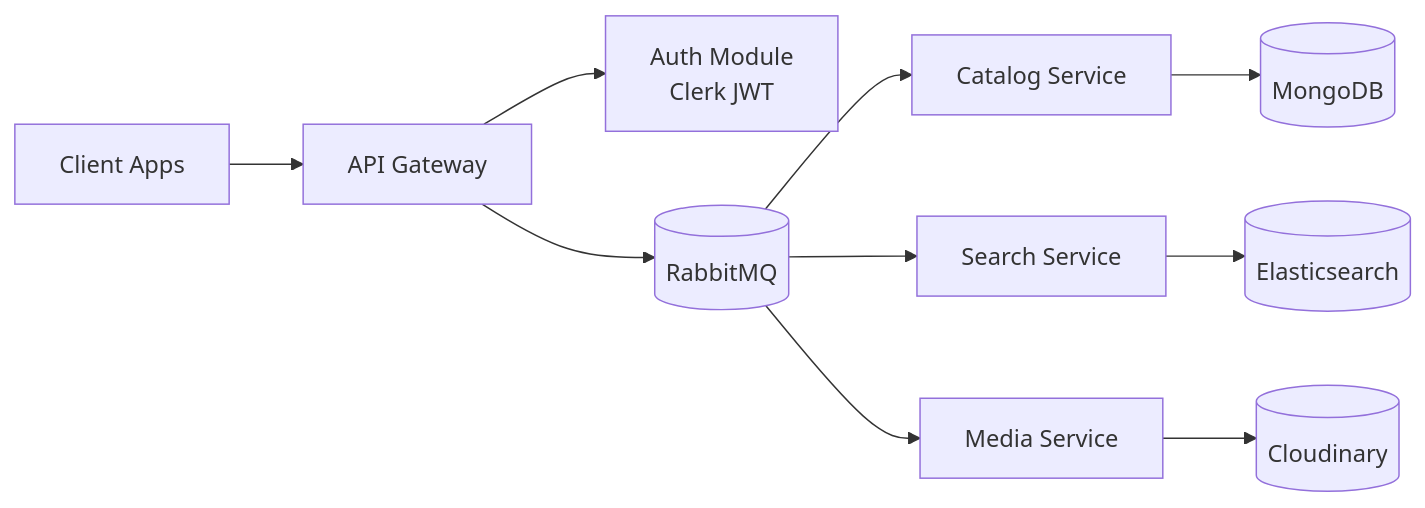
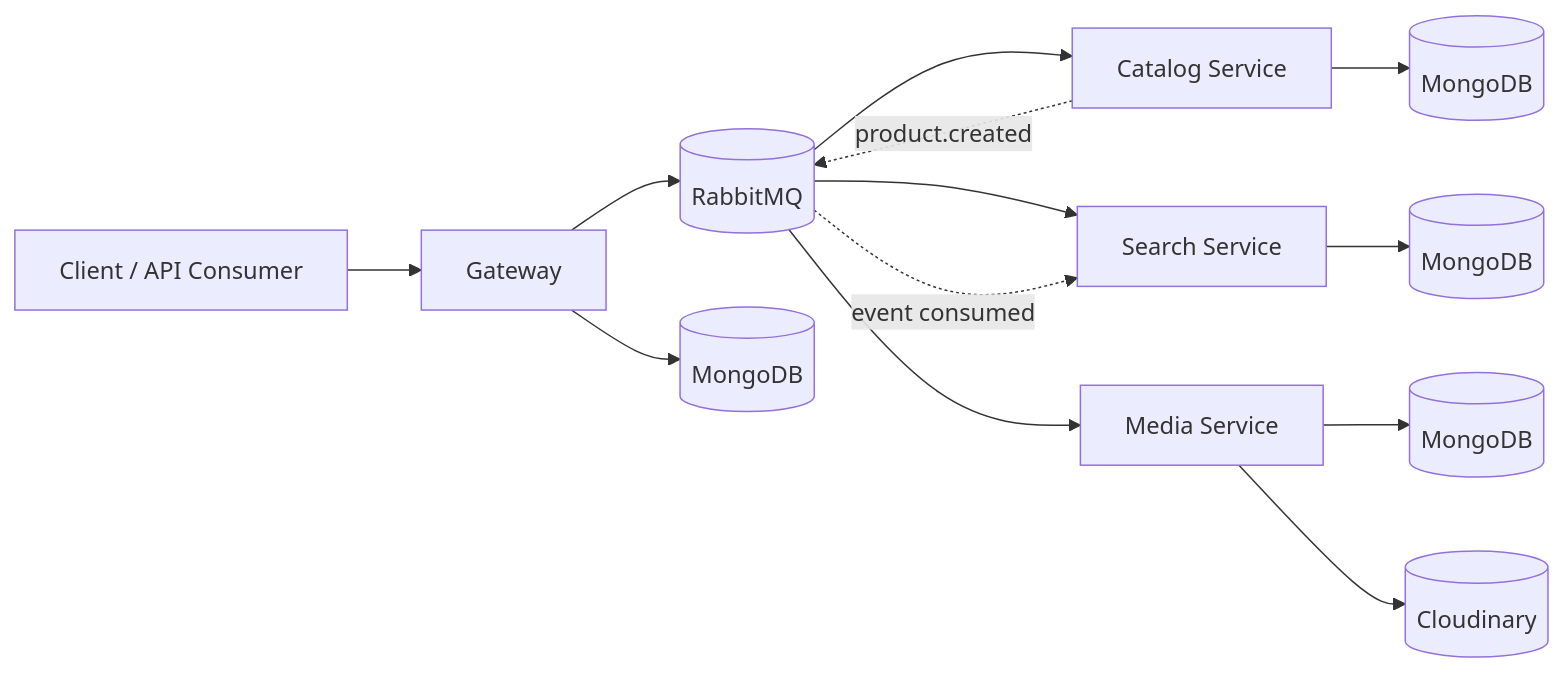
Before and after one commit to MohamedAmir133/E-commerce-MicroServices: the diagram in README.md, drawn with Mermaid. The commit also changed other lines of this file and 24 other files, not shown here.

````diff
--- a/README.md
+++ b/README.md
@@ -20,14 +13,18 @@
 ```mermaid
 flowchart LR
-		C[Client Apps] --> G[API Gateway]
-		G --> A[Auth Module\nClerk JWT]
-		G --> R[(RabbitMQ)]
+  Client[Client / API Consumer] --> Gateway[Gateway]
+  Gateway --> Rabbit[(RabbitMQ)]
 
-		R --> CAT[Catalog Service]
-		R --> SEA[Search Service]
-		R --> MED[Media Service]
+  Rabbit --> Catalog[Catalog Service]
+  Rabbit --> Search[Search Service]
+  Rabbit --> Media[Media Service]
 
-		CAT --> M[(MongoDB)]
-		SEA --> E[(Elasticsearch)]
-		MED --> CLD[(Cloudinary)]
+  Catalog -.->|product.created| Rabbit
+  Rabbit -.->|event consumed| Search
+
+  Catalog --> CatalogDB[(MongoDB)]
+  Search --> SearchDB[(MongoDB)]
+  Gateway --> UsersDB[(MongoDB)]
+  Media --> MediaDB[(MongoDB)]
+  Media --> Cloudinary[(Cloudinary)]
 ```
````
